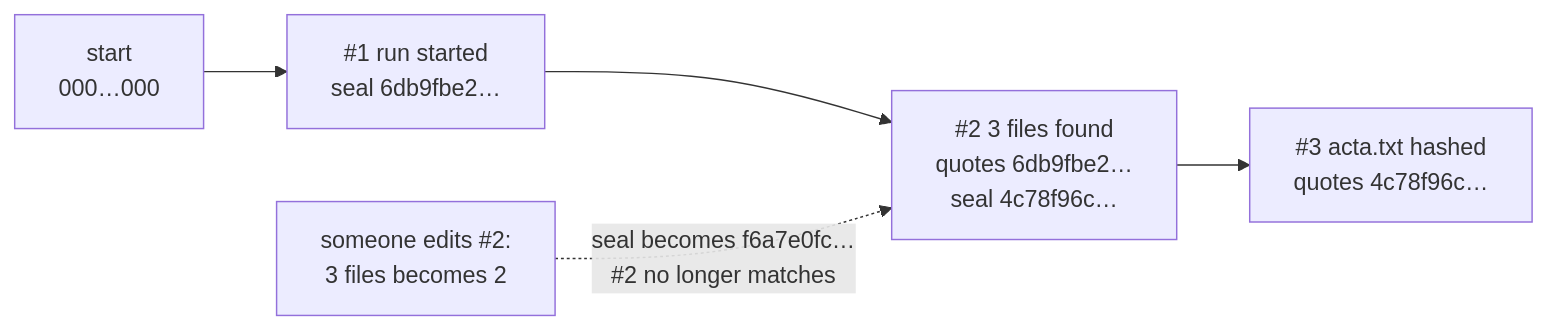
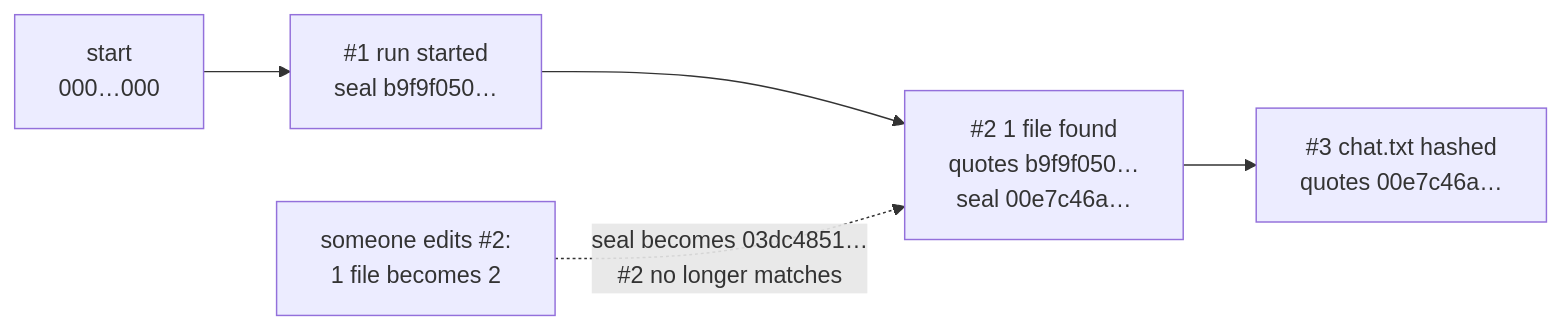
Before and after one commit to Panacota96/rv-rsmf: the fifth of 13 diagrams in docs/theory.md, drawn with Mermaid. The commit also changed other lines of this file and 12 other files, not shown here.

````diff
--- a/docs/theory.md
+++ b/docs/theory.md
@@ -162,7 +195,7 @@
 ```mermaid
 flowchart LR
-    G["start<br/>000…000"] --> E1["#1 run started<br/>seal 6db9fbe2…"]
-    E1 --> E2["#2 3 files found<br/>quotes 6db9fbe2…<br/>seal 4c78f96c…"]
-    E2 --> E3["#3 acta.txt hashed<br/>quotes 4c78f96c…"]
-    X["someone edits #2:<br/>3 files becomes 2"] -.->|"seal becomes f6a7e0fc…<br/>#2 no longer matches"| E2
+    G["start<br/>000…000"] --> E1["#1 run started<br/>seal b9f9f050…"]
+    E1 --> E2["#2 1 file found<br/>quotes b9f9f050…<br/>seal 00e7c46a…"]
+    E2 --> E3["#3 chat.txt hashed<br/>quotes 00e7c46a…"]
+    X["someone edits #2:<br/>1 file becomes 2"] -.->|"seal becomes 03dc4851…<br/>#2 no longer matches"| E2
 ```
````
